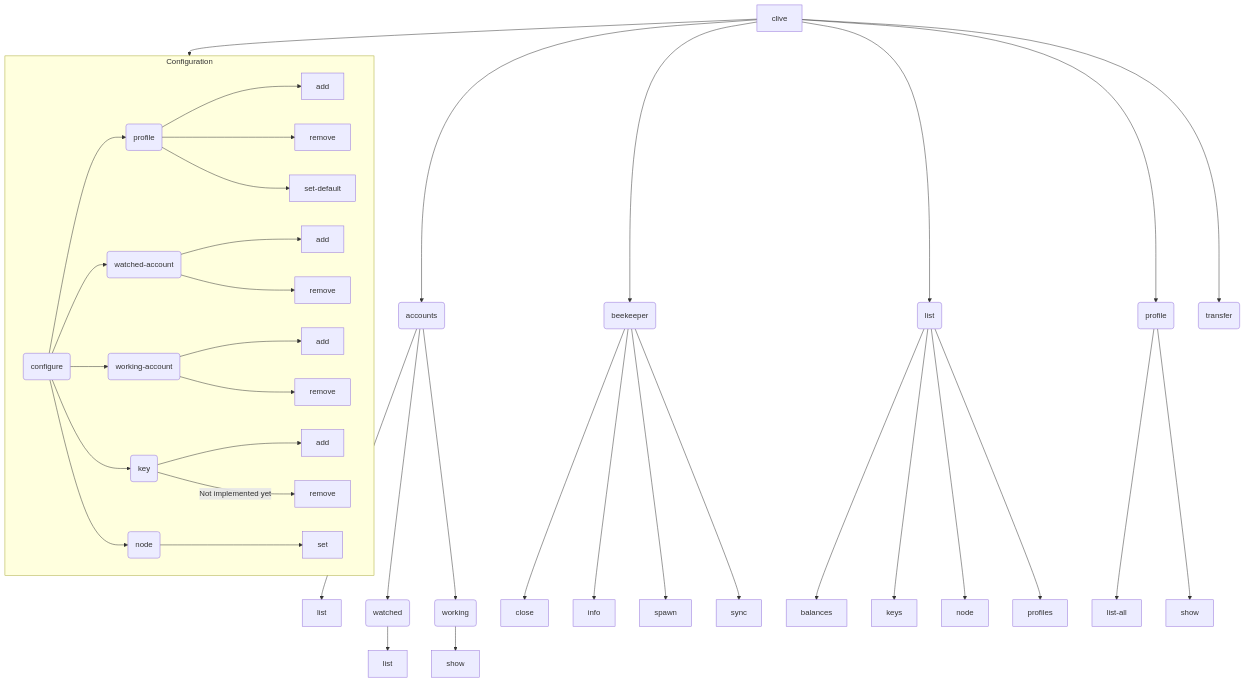
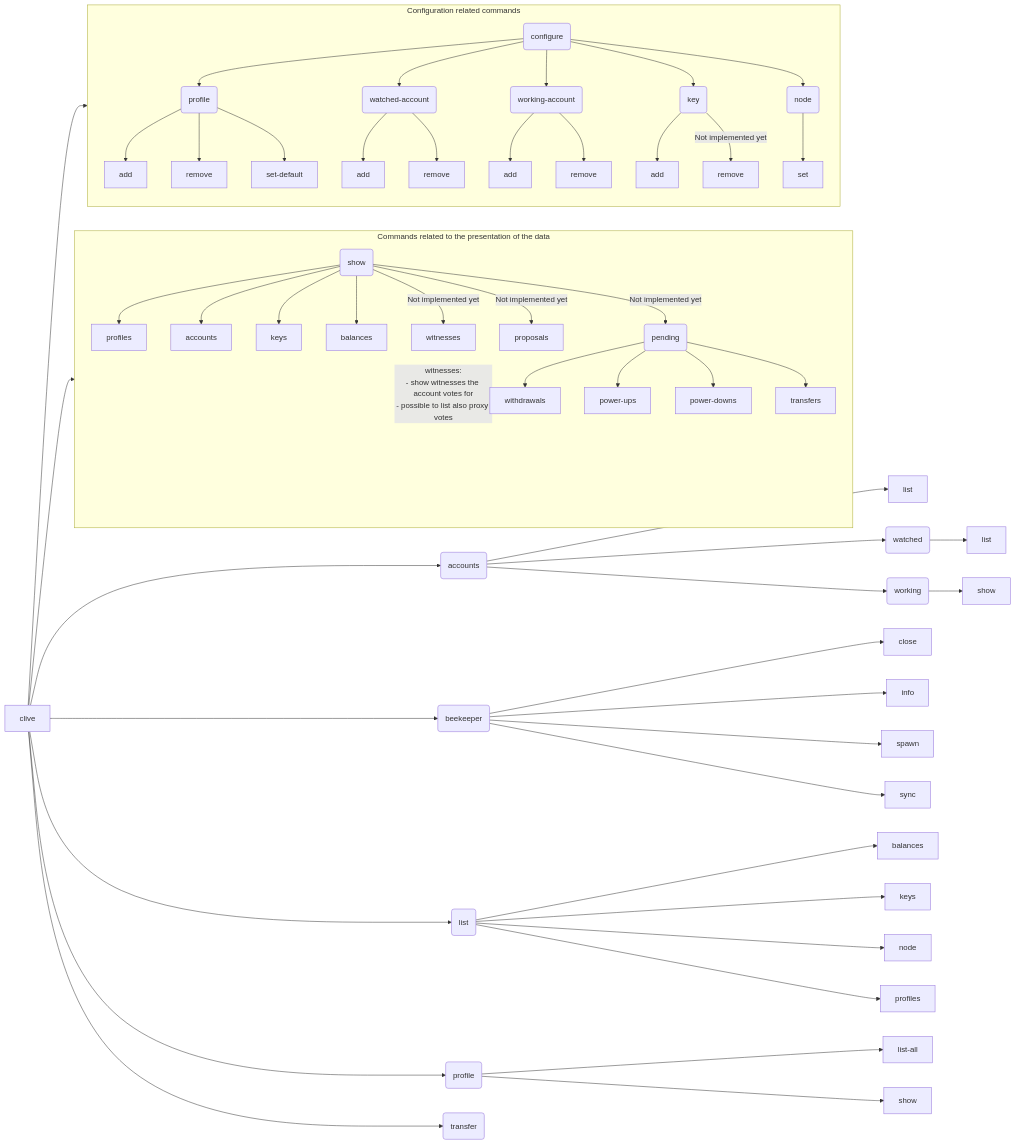
Before and after one commit to openhive-network/clive: the diagram in clive/__private/cli/commands_structure.md, drawn with Mermaid.

Commit message:
Add new show subcommand subgraph to the commands structure diagram

````diff
--- a/clive/__private/cli/commands_structure.md
+++ b/clive/__private/cli/commands_structure.md
@@ -16,47 +16,69 @@
 ```mermaid
-flowchart TD
+flowchart LR
     Clive[clive] --> Configuration
+    Clive --> Presentation
 
-    subgraph Configuration
+    subgraph Presentation[Commands related to the presentation of the data]
+        Show(show) --> ShowProfiles[profiles]
+
+        Show --> ShowAccounts[accounts]
+
+        Show --> ShowKeys[keys]
+
+        Show --> ShowBalances[balances]
+
+        Show -->|"Not implemented yet"| ShowWitnesses[witnesses]
+        ShowWitnesses ~~~|"witnesses:<br>- show witnesses the account votes for<br>- possible to list also proxy votes"| ShowWitnesses
+
+        Show -->|"Not implemented yet"| ShowProposals[proposals]
+
+        Show -->|"Not implemented yet"| ShowPending(pending)
+        ShowPending --> ShowPendingTransferFromSavings[withdrawals]
+        ShowPending --> ShowPendingPowerUps[power-ups]
+        ShowPending --> ShowPendingPowerDowns[power-downs]
+        ShowPending --> ShowPendingRecurrentTransfers[transfers]
+    end
+
+    subgraph Configuration[Configuration related commands]
         Configure(configure) --> ConfigureProfile(profile)
         ConfigureProfile --> CreateProfile[add]
         ConfigureProfile --> DeleteProfile[remove]
         ConfigureProfile --> SetDefaultProfile[set-default]
 
         Configure --> ConfigureWatchedAccount(watched-account)
         ConfigureWatchedAccount --> AddWatchedAccount[add]
         ConfigureWatchedAccount --> RemoveWatchedAccount[remove]
 
         Configure --> ConfigureWorkingAccount(working-account)
         ConfigureWorkingAccount --> AddWorkingAccount[add]
         ConfigureWorkingAccount --> RemoveWorkingAccount[remove]
 
         Configure --> ConfigureKey(key)
         ConfigureKey --> AddKey[add]
         ConfigureKey -->|"Not implemented yet"| RemoveKey[remove]
 
         Configure --> ConfigureNode(node)
         ConfigureNode --> SetNode[set]
     end
 
     Clive[clive] --> Accounts(accounts)
     Accounts --> AccountsList[list]
     Accounts --> AccountsWatched(watched)
     Accounts --> AccountsWorking(working)
     AccountsWatched --> AccountsWatchedList[list]
     AccountsWorking --> AccountsWorkingShow[show]
     Clive --> Beekeeper(beekeeper)
     Beekeeper --> BeekeeperClose[close]
     Beekeeper --> BeekeeperInfo[info]
     Beekeeper --> BeekeeperSpawn[spawn]
     Beekeeper --> BeekeeperSync[sync]
     Clive --> List(list)
     List --> ListBalances[balances]
     List --> ListKeys[keys]
     List --> ListNode[node]
     List --> ListProfiles[profiles]
     Clive --> Profile(profile)
     Profile --> ProfileListAll[list-all]
     Profile --> ProfileShow[show]
     Clive --> Transfer(transfer)
 ```
````
